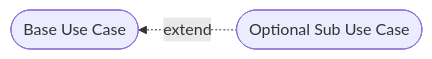
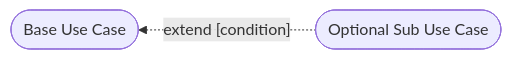
One commit to lcov29/knowledgeBase changed the fourth of 5 diagrams in SoftwareDevelopment/UML/uml_use_case_diagram.md. Above: the diagram before and after it, drawn with Mermaid.

Commit message:
add condition to extend connection

````diff
--- a/SoftwareDevelopment/UML/uml_use_case_diagram.md
+++ b/SoftwareDevelopment/UML/uml_use_case_diagram.md
@@ -89,6 +89,6 @@
 ```mermaid
 flowchart RL
     A([Base Use Case])
     B([Optional Sub Use Case])
-    B -. extend .-> A
+    B -. "extend [condition]" .-> A
 ```
````
